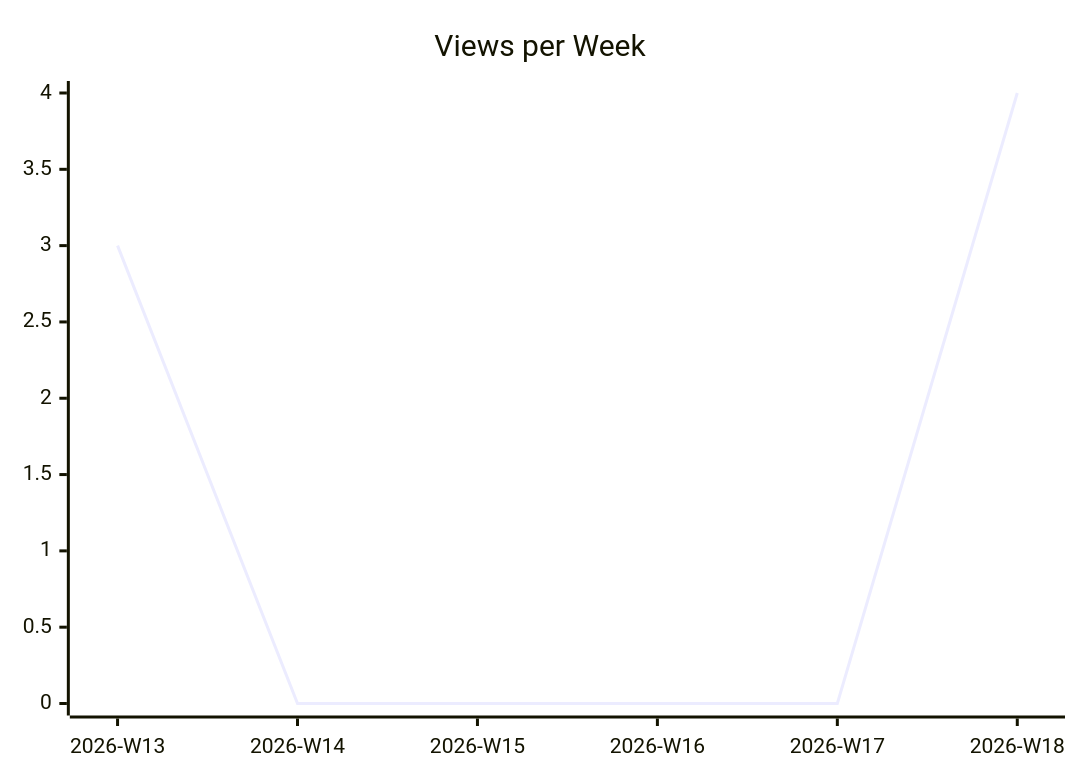
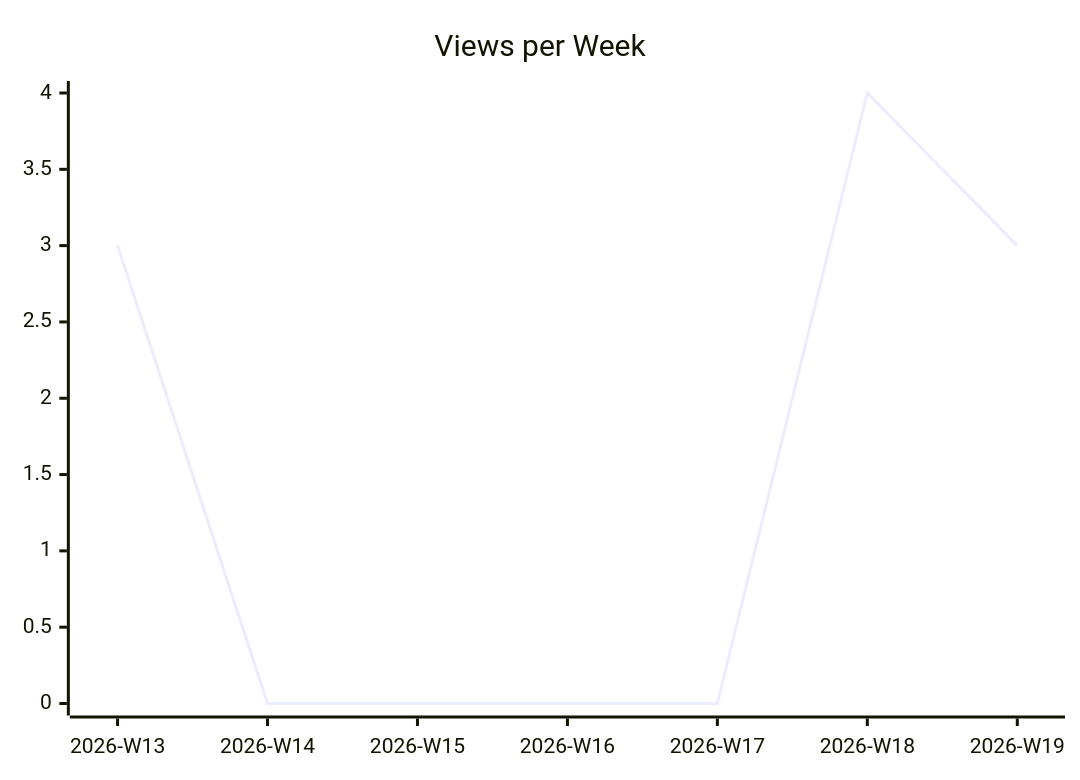
The second of 3 diagrams in karlmdavis/kxml2/README.md (justdavis-family/github-analytics-data), drawn with Mermaid before and after one commit. The commit also changed other lines of this file and 187 other files, not shown here.

````diff
--- a/karlmdavis/kxml2/README.md
+++ b/karlmdavis/kxml2/README.md
@@ -12,6 +12,6 @@
 ```mermaid
 xychart-beta
   title "Views per Week"
-  x-axis ["2026-W13", "2026-W14", "2026-W15", "2026-W16", "2026-W17", "2026-W18"]
-  line [3, 0, 0, 0, 0, 4]
+  x-axis ["2026-W13", "2026-W14", "2026-W15", "2026-W16", "2026-W17", "2026-W18", "2026-W19"]
+  line [3, 0, 0, 0, 0, 4, 3]
 ```
````
